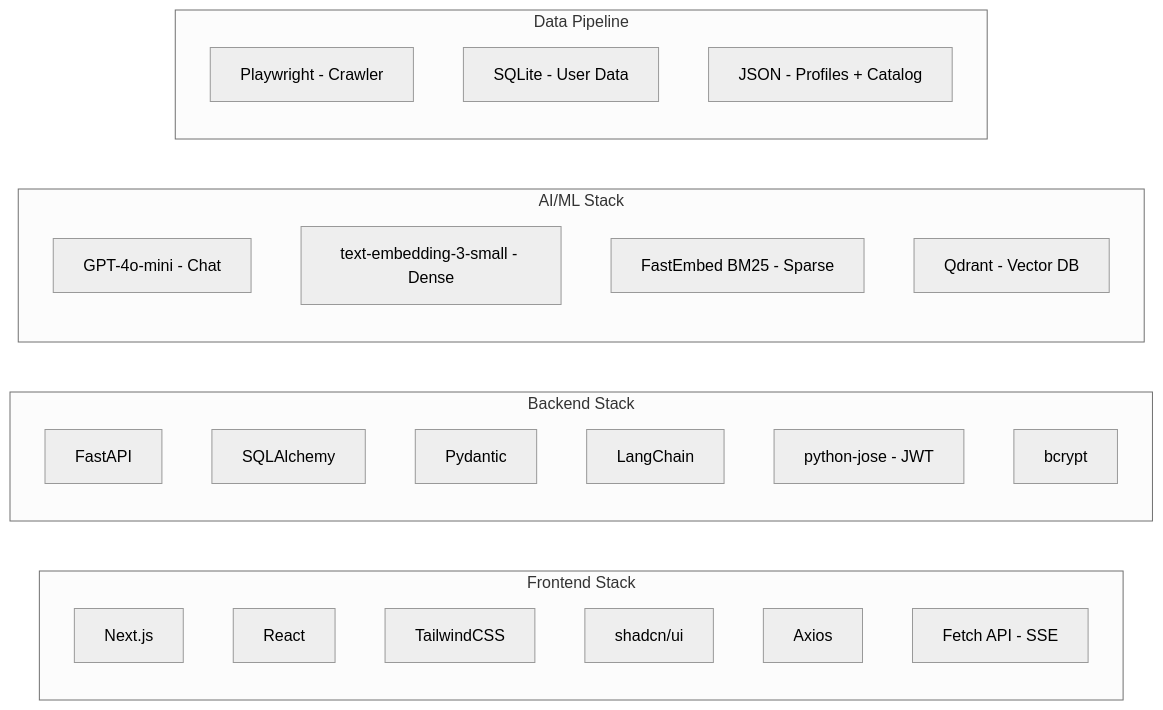
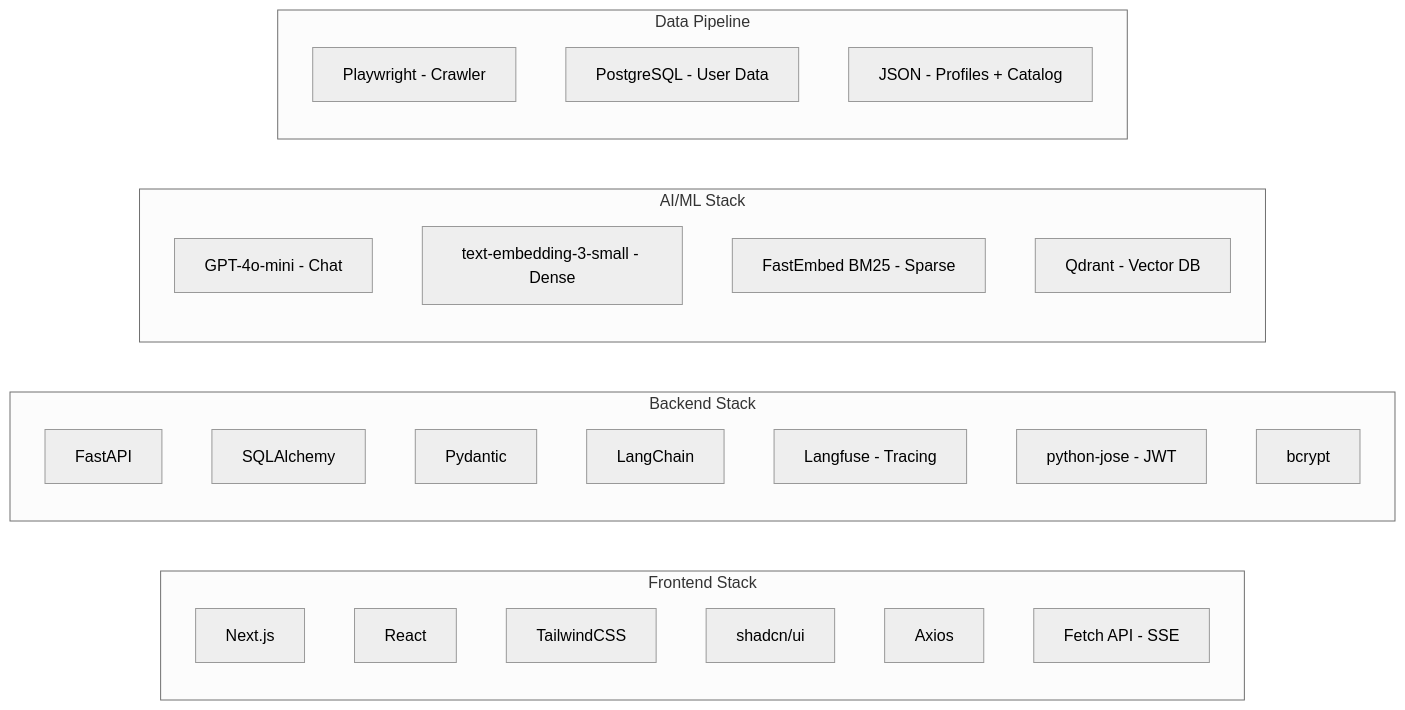
One commit to AsinduDeSilva/kapruka-gift-concierge changed diagram 11 of 11 in ARCHITECTURE.md. Above: the diagram before and after it, drawn with Mermaid (neutral theme). The commit also changed other lines of this file and 3 other files, not shown here.

````diff
--- a/ARCHITECTURE.md
+++ b/ARCHITECTURE.md
@@ -512,33 +514,34 @@
 ```mermaid
 graph LR
     subgraph "Frontend Stack"
         NEXT["Next.js"]
         REACT["React"]
         TAILWIND["TailwindCSS"]
         SHADCN["shadcn/ui"]
         AXIOS["Axios"]
         FETCH["Fetch API - SSE"]
     end
 
     subgraph "Backend Stack"
         FASTAPI["FastAPI"]
         SQLA["SQLAlchemy"]
         PYDANTIC["Pydantic"]
         LANGCHAIN["LangChain"]
+        LANGFUSE["Langfuse - Tracing"]
         JOSE["python-jose - JWT"]
         BCRYPT["bcrypt"]
     end
 
     subgraph "AI/ML Stack"
         OPENAI_LLM["GPT-4o-mini - Chat"]
         OPENAI_EMB["text-embedding-3-small - Dense"]
         BM25["FastEmbed BM25 - Sparse"]
         QDRANT_DB["Qdrant - Vector DB"]
     end
 
     subgraph "Data Pipeline"
         PLAYWRIGHT["Playwright - Crawler"]
-        SQLITE_DB["SQLite - User Data"]
+        POSTGRES["PostgreSQL - User Data"]
         JSON_FILES["JSON - Profiles + Catalog"]
     end
 ```
````
